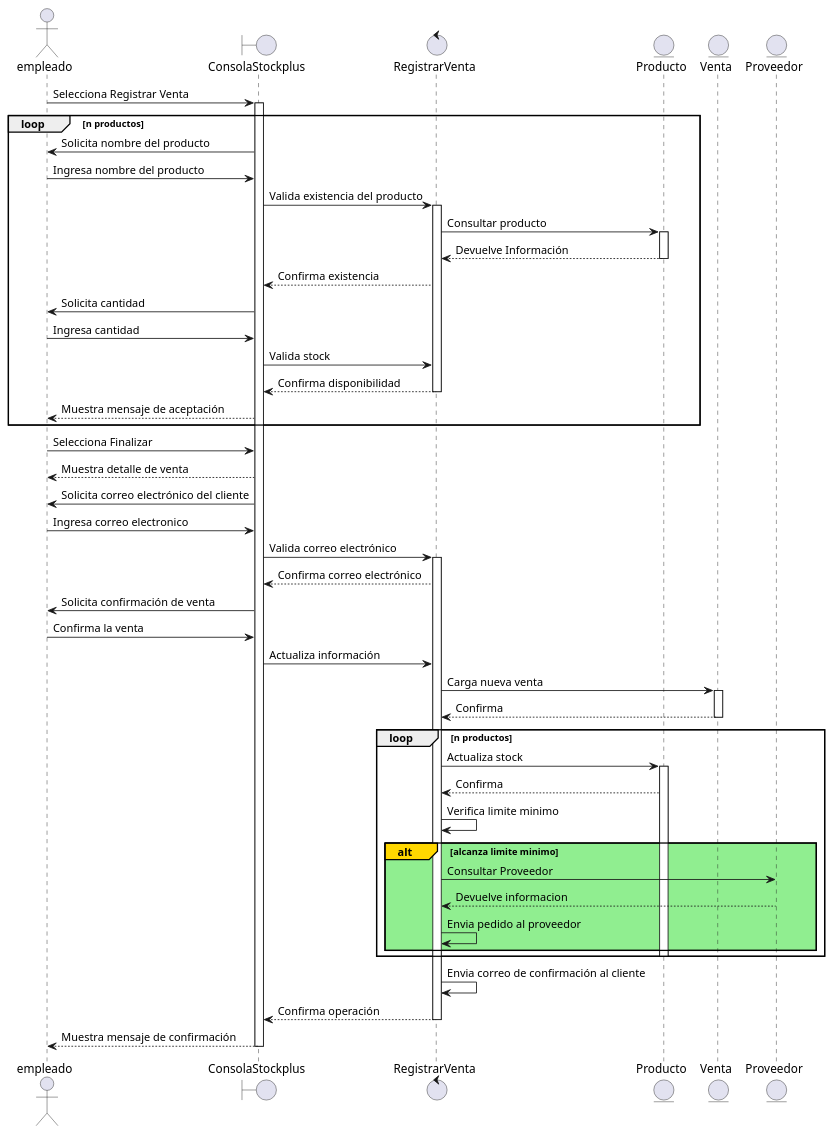
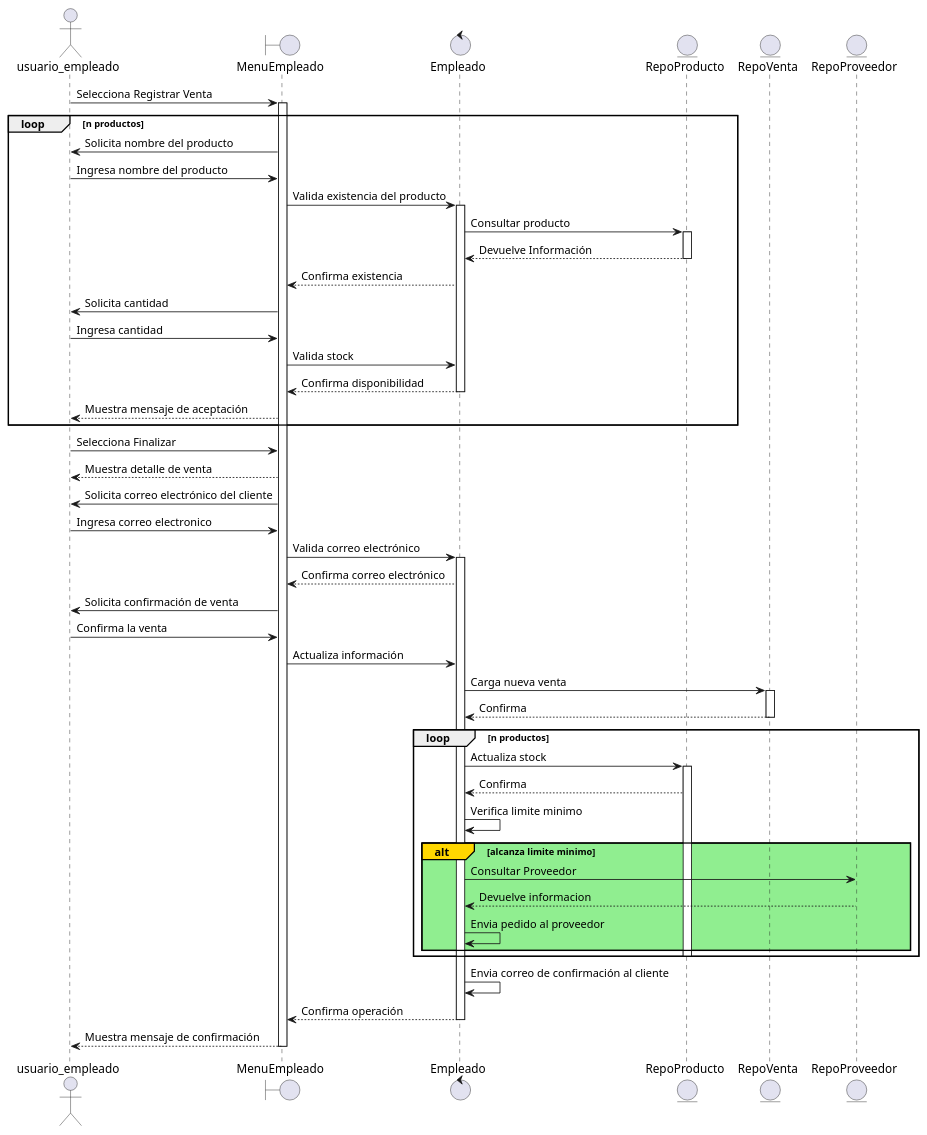
Before and after one commit to Fiordalisi/stockplus: the diagram in src/docs/use_cases/registrar_venta_alt_s14.puml, drawn with PlantUML. The commit also changed 7 other files, not shown here.

Commit message:
update diagrams

```diff
--- a/src/docs/use_cases/registrar_venta_alt_s14.puml
+++ b/src/docs/use_cases/registrar_venta_alt_s14.puml
@@ -1,64 +1,64 @@
 @startuml
-actor empleado
-boundary ConsolaStockplus
-control RegistrarVenta
-entity Producto
-entity Venta
-entity Proveedor
+actor usuario_empleado
+boundary MenuEmpleado
+control Empleado
+entity RepoProducto
+entity RepoVenta
+entity RepoProveedor
 
 
-empleado -> ConsolaStockplus: Selecciona Registrar Venta
-activate ConsolaStockplus
+usuario_empleado -> MenuEmpleado: Selecciona Registrar Venta
+activate MenuEmpleado
 loop n productos
-ConsolaStockplus -> empleado: Solicita nombre del producto
-empleado -> ConsolaStockplus: Ingresa nombre del producto
-ConsolaStockplus -> RegistrarVenta: Valida existencia del producto
-activate RegistrarVenta
-RegistrarVenta -> Producto: Consultar producto
-activate Producto
-Producto --> RegistrarVenta: Devuelve Información
-deactivate Producto
-RegistrarVenta --> ConsolaStockplus: Confirma existencia
-ConsolaStockplus -> empleado: Solicita cantidad
-empleado -> ConsolaStockplus: Ingresa cantidad
-ConsolaStockplus -> RegistrarVenta: Valida stock
-RegistrarVenta --> ConsolaStockplus: Confirma disponibilidad
-deactivate RegistrarVenta
-ConsolaStockplus --> empleado: Muestra mensaje de aceptación
+MenuEmpleado -> usuario_empleado: Solicita nombre del producto
+usuario_empleado -> MenuEmpleado: Ingresa nombre del producto
+MenuEmpleado -> Empleado: Valida existencia del producto
+activate Empleado
+Empleado -> RepoProducto: Consultar producto
+activate RepoProducto
+RepoProducto --> Empleado: Devuelve Información
+deactivate RepoProducto
+Empleado --> MenuEmpleado: Confirma existencia
+MenuEmpleado -> usuario_empleado: Solicita cantidad
+usuario_empleado -> MenuEmpleado: Ingresa cantidad
+MenuEmpleado -> Empleado: Valida stock
+Empleado --> MenuEmpleado: Confirma disponibilidad
+deactivate Empleado
+MenuEmpleado --> usuario_empleado: Muestra mensaje de aceptación
 end
 
-empleado -> ConsolaStockplus: Selecciona Finalizar
-ConsolaStockplus --> empleado: Muestra detalle de venta
-ConsolaStockplus -> empleado: Solicita correo electrónico del cliente
-empleado -> ConsolaStockplus: Ingresa correo electronico
-ConsolaStockplus -> RegistrarVenta: Valida correo electrónico
-activate RegistrarVenta
-RegistrarVenta --> ConsolaStockplus: Confirma correo electrónico
-ConsolaStockplus -> empleado: Solicita confirmación de venta
-empleado -> ConsolaStockplus: Confirma la venta
-ConsolaStockplus -> RegistrarVenta: Actualiza información
-RegistrarVenta -> Venta: Carga nueva venta
-activate Venta
-Venta --> RegistrarVenta: Confirma
-deactivate Venta
+usuario_empleado -> MenuEmpleado: Selecciona Finalizar
+MenuEmpleado --> usuario_empleado: Muestra detalle de venta
+MenuEmpleado -> usuario_empleado: Solicita correo electrónico del cliente
+usuario_empleado -> MenuEmpleado: Ingresa correo electronico
+MenuEmpleado -> Empleado: Valida correo electrónico
+activate Empleado
+Empleado --> MenuEmpleado: Confirma correo electrónico
+MenuEmpleado -> usuario_empleado: Solicita confirmación de venta
+usuario_empleado -> MenuEmpleado: Confirma la venta
+MenuEmpleado -> Empleado: Actualiza información
+Empleado -> RepoVenta: Carga nueva venta
+activate RepoVenta
+RepoVenta --> Empleado: Confirma
+deactivate RepoVenta
 loop n productos
-RegistrarVenta -> Producto: Actualiza stock
-activate Producto
-Producto --> RegistrarVenta: Confirma
-RegistrarVenta -> RegistrarVenta: Verifica limite minimo
+Empleado -> RepoProducto: Actualiza stock
+activate RepoProducto
+RepoProducto --> Empleado: Confirma
+Empleado -> Empleado: Verifica limite minimo
   alt#Gold #LightGreen alcanza limite minimo
 
-  RegistrarVenta -> Proveedor: Consultar Proveedor
-  Proveedor --> RegistrarVenta: Devuelve informacion
-  RegistrarVenta -> RegistrarVenta: Envia pedido al proveedor
+  Empleado -> RepoProveedor: Consultar Proveedor
+  RepoProveedor --> Empleado: Devuelve informacion
+  Empleado -> Empleado: Envia pedido al proveedor
  end
-deactivate Producto
+deactivate RepoProducto
 end
 
-RegistrarVenta -> RegistrarVenta: Envia correo de confirmación al cliente
-RegistrarVenta --> ConsolaStockplus: Confirma operación
-deactivate RegistrarVenta
-ConsolaStockplus --> empleado: Muestra mensaje de confirmación
+Empleado -> Empleado: Envia correo de confirmación al cliente
+Empleado --> MenuEmpleado: Confirma operación
+deactivate Empleado
+MenuEmpleado --> usuario_empleado: Muestra mensaje de confirmación
 
-deactivate ConsolaStockplus
+deactivate MenuEmpleado
 @enduml
```
